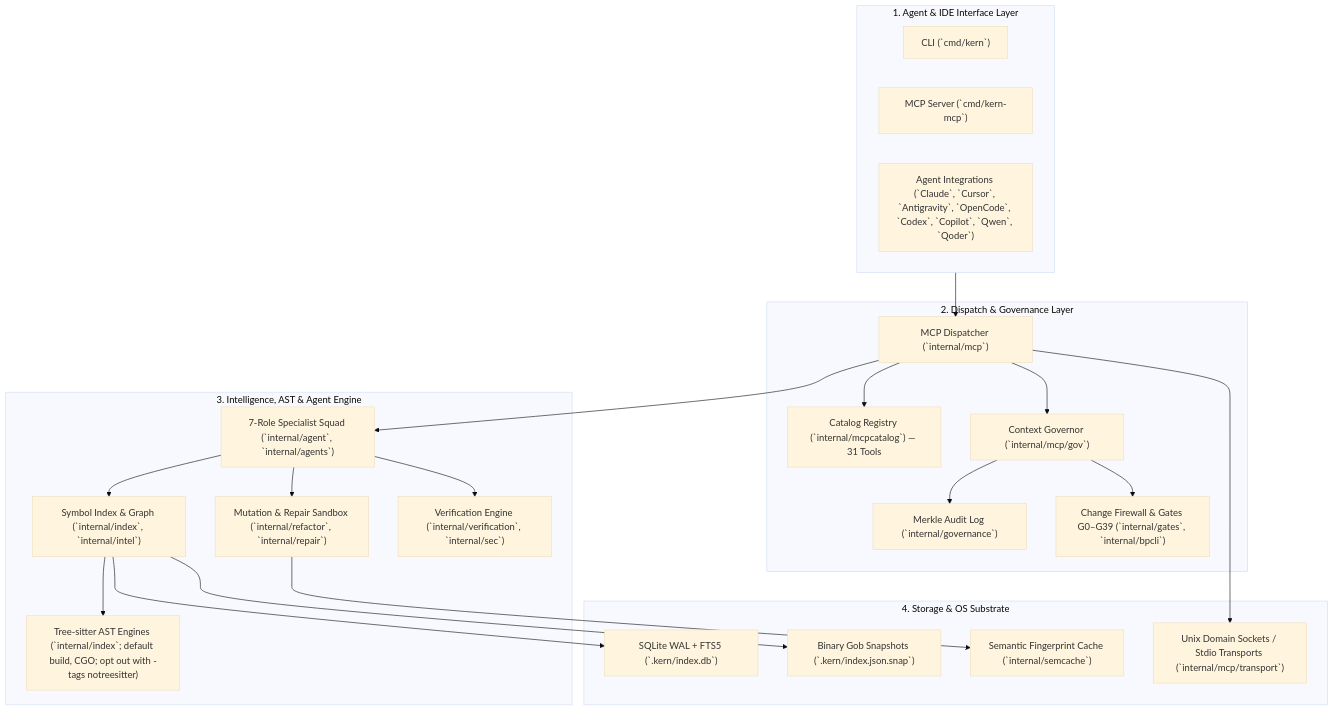
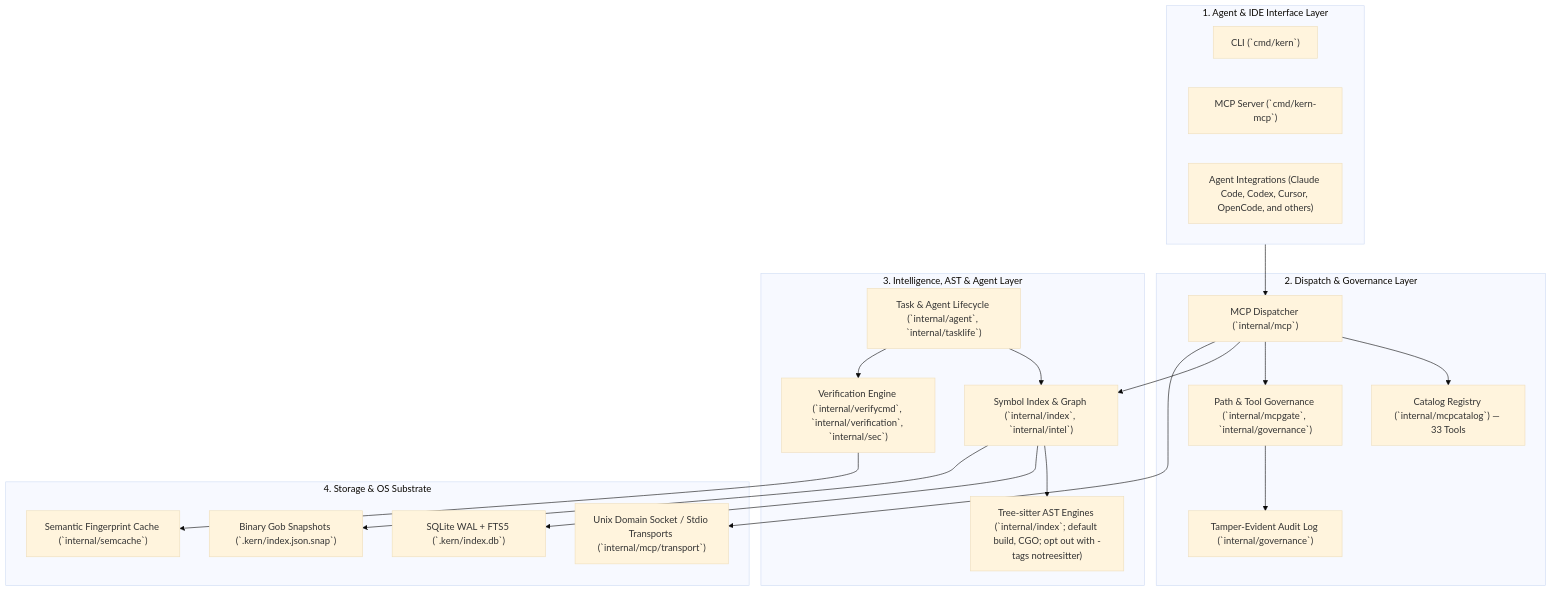
One commit to JayveerPrajapati/kern changed the first of 3 diagrams in docs/architecture.md. Above: the diagram before and after it, drawn with Mermaid (base theme). The commit also changed other lines of this file and 34 other files, not shown here.

````diff
--- a/docs/architecture.md
+++ b/docs/architecture.md
@@ -11,46 +14,42 @@
 ```mermaid
 graph TD
     subgraph Clients["1. Agent & IDE Interface Layer"]
         CLI["CLI (`cmd/kern`)"]
         MCPServer["MCP Server (`cmd/kern-mcp`)"]
-        Agents["Agent Integrations (`Claude`, `Cursor`, `Antigravity`, `OpenCode`, `Codex`, `Copilot`, `Qwen`, `Qoder`)"]
+        Agents["Agent Integrations (Claude Code, Codex, Cursor, OpenCode, and others)"]
     end
 
     subgraph Governance["2. Dispatch & Governance Layer"]
         MCPMux["MCP Dispatcher (`internal/mcp`)"]
-        Catalog["Catalog Registry (`internal/mcpcatalog`) — 31 Tools"]
-        Gov["Context Governor (`internal/mcp/gov`)"]
-        Audit["Merkle Audit Log (`internal/governance`)"]
-        Firewall["Change Firewall & Gates G0–G39 (`internal/gates`, `internal/bpcli`)"]
+        Catalog["Catalog Registry (`internal/mcpcatalog`) — 33 Tools"]
+        Gate["Path & Tool Governance (`internal/mcpgate`, `internal/governance`)"]
+        Audit["Tamper-Evident Audit Log (`internal/governance`)"]
     end
 
-    subgraph Intelligence["3. Intelligence, AST & Agent Engine"]
+    subgraph Intelligence["3. Intelligence, AST & Agent Layer"]
         IndexEngine["Symbol Index & Graph (`internal/index`, `internal/intel`)"]
         TreeSitter["Tree-sitter AST Engines (`internal/index`; default build, CGO; opt out with -tags notreesitter)"]
-        Squad["7-Role Specialist Squad (`internal/agent`, `internal/agents`)"]
-        RefactorEngine["Mutation & Repair Sandbox (`internal/refactor`, `internal/repair`)"]
-        Verification["Verification Engine (`internal/verification`, `internal/sec`)"]
+        AgentPipeline["Task & Agent Lifecycle (`internal/agent`, `internal/tasklife`)"]
+        Verification["Verification Engine (`internal/verifycmd`, `internal/verification`, `internal/sec`)"]
     end
 
     subgraph Storage["4. Storage & OS Substrate"]
         SQLite["SQLite WAL + FTS5 (`.kern/index.db`)"]
         GobSnap["Binary Gob Snapshots (`.kern/index.json.snap`)"]
         SemCache["Semantic Fingerprint Cache (`internal/semcache`)"]
-        UDS["Unix Domain Sockets / Stdio Transports (`internal/mcp/transport`)"]
+        Transport["Unix Domain Socket / Stdio Transports (`internal/mcp/transport`)"]
     end
 
     Clients --> MCPMux
     MCPMux --> Catalog
-    MCPMux --> Gov
-    Gov --> Audit
-    Gov --> Firewall
-    MCPMux --> Squad
-    Squad --> IndexEngine
-    Squad --> RefactorEngine
-    Squad --> Verification
+    MCPMux --> Gate
+    Gate --> Audit
+    MCPMux --> IndexEngine
     IndexEngine --> TreeSitter
     IndexEngine --> SQLite
     IndexEngine --> GobSnap
-    RefactorEngine --> SemCache
-    MCPMux --> UDS
+    AgentPipeline --> IndexEngine
+    AgentPipeline --> Verification
+    Verification --> SemCache
+    MCPMux --> Transport
 ```
````
